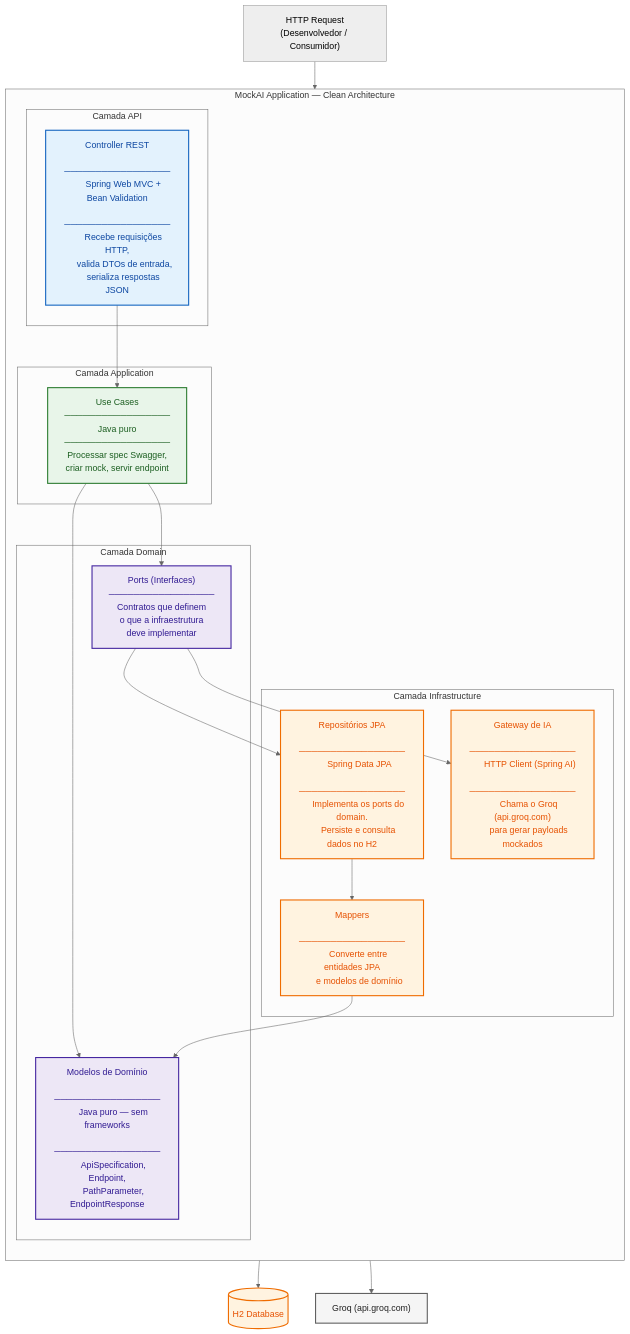
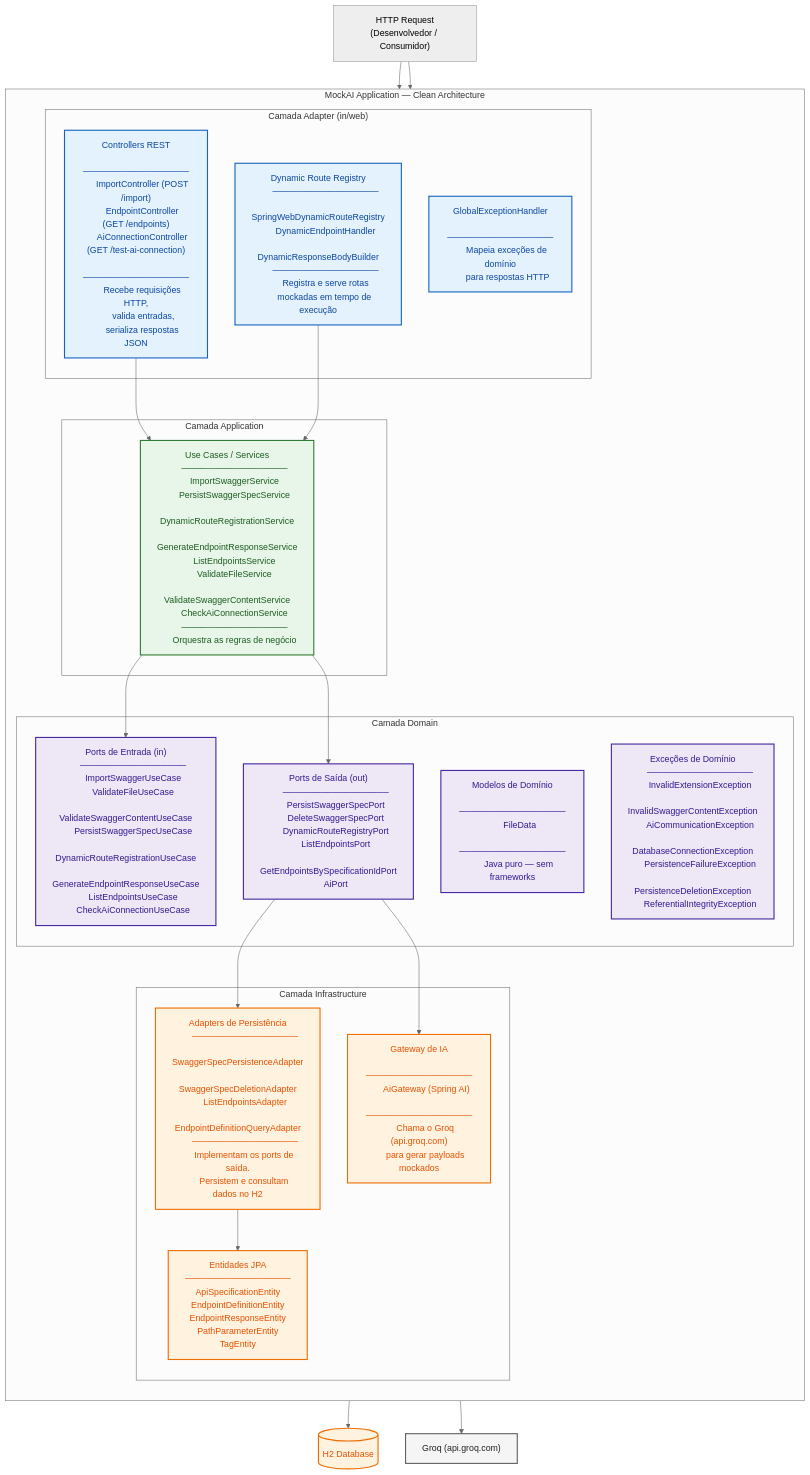
One commit to IA-para-DEVs-SCTEC-T2/mini-projeto-MockAi changed the third of 4 diagrams in docs/architecture-diagram.md. Above: the diagram before and after it, drawn with Mermaid. The commit also changed other lines of this file and 8 other files, not shown here.

```diff
--- a/docs/architecture-diagram.md
+++ b/docs/architecture-diagram.md
@@ -140,59 +141,110 @@
   subgraph app["MockAI Application — Clean Architecture"]
     direction TB
 
-    subgraph api_layer["Camada API"]
-      ctrl["Controller REST
+    subgraph adapter_layer["Camada Adapter (in/web)"]
+      ctrl["Controllers REST
       ─────────────────
-      Spring Web MVC + Bean Validation
+      ImportController (POST /import)
+      EndpointController (GET /endpoints)
+      AiConnectionController (GET /test-ai-connection)
       ─────────────────
       Recebe requisições HTTP,
-      valida DTOs de entrada,
+      valida entradas,
       serializa respostas JSON"]
+
+      dynamic["Dynamic Route Registry
+      ─────────────────
+      SpringWebDynamicRouteRegistry
+      DynamicEndpointHandler
+      DynamicResponseBodyBuilder
+      ─────────────────
+      Registra e serve rotas
+      mockadas em tempo de execução"]
+
+      handler["GlobalExceptionHandler
+      ─────────────────
+      Mapeia exceções de domínio
+      para respostas HTTP"]
     end
 
     subgraph application_layer["Camada Application"]
-      usecase["Use Cases
+      usecase["Use Cases / Services
       ─────────────────
-      Java puro
+      ImportSwaggerService
+      PersistSwaggerSpecService
+      DynamicRouteRegistrationService
+      GenerateEndpointResponseService
+      ListEndpointsService
+      ValidateFileService
+      ValidateSwaggerContentService
+      CheckAiConnectionService
       ─────────────────
-      Processar spec Swagger,
-      criar mock, servir endpoint"]
+      Orquestra as regras de negócio"]
     end
 
     subgraph domain_layer["Camada Domain"]
       model["Modelos de Domínio
       ─────────────────
-      Java puro — sem frameworks
+      FileData
       ─────────────────
-      ApiSpecification, Endpoint,
-      PathParameter, EndpointResponse"]
+      Java puro — sem frameworks"]
 
-      port["Ports (Interfaces)
+      port_in["Ports de Entrada (in)
       ─────────────────
-      Contratos que definem
-      o que a infraestrutura
-      deve implementar"]
+      ImportSwaggerUseCase
+      ValidateFileUseCase
+      ValidateSwaggerContentUseCase
+      PersistSwaggerSpecUseCase
+      DynamicRouteRegistrationUseCase
+      GenerateEndpointResponseUseCase
+      ListEndpointsUseCase
+      CheckAiConnectionUseCase"]
+
+      port_out["Ports de Saída (out)
+      ─────────────────
+      PersistSwaggerSpecPort
+      DeleteSwaggerSpecPort
+      DynamicRouteRegistryPort
+      ListEndpointsPort
+      GetEndpointsBySpecificationIdPort
+      AiPort"]
+
+      exception["Exceções de Domínio
+      ─────────────────
+      InvalidExtensionException
+      InvalidSwaggerContentException
+      AiCommunicationException
+      DatabaseConnectionException
+      PersistenceFailureException
+      PersistenceDeletionException
+      ReferentialIntegrityException"]
     end
 
     subgraph infra_layer["Camada Infrastructure"]
-      repo["Repositórios JPA
+      repo["Adapters de Persistência
       ─────────────────
-      Spring Data JPA
+      SwaggerSpecPersistenceAdapter
+      SwaggerSpecDeletionAdapter
+      ListEndpointsAdapter
+      EndpointDefinitionQueryAdapter
       ─────────────────
-      Implementa os ports do domain.
-      Persiste e consulta dados no H2"]
+      Implementam os ports de saída.
+      Persistem e consultam dados no H2"]
 
       gateway["Gateway de IA
       ─────────────────
-      HTTP Client (Spring AI)
+      AiGateway (Spring AI)
       ─────────────────
       Chama o Groq (api.groq.com)
       para gerar payloads mockados"]
 
-      mapper["Mappers
+      entities["Entidades JPA
       ─────────────────
-      Converte entre entidades JPA
-      e modelos de domínio"]
+      ApiSpecificationEntity
+      EndpointDefinitionEntity
+      EndpointResponseEntity
+      PathParameterEntity
+      TagEntity"]
     end
   end
 
@@ -200,23 +252,28 @@
   ai_ext["Groq (api.groq.com)"]
 
   http_in --> ctrl
+  http_in --> dynamic
   ctrl    --> usecase
-  usecase --> model
-  usecase --> port
-  port    --> repo
-  port    --> gateway
-  repo    --> mapper
-  mapper  --> model
-  repo    --> db
+  dynamic --> usecase
+  usecase --> port_in
+  usecase --> port_out
+  port_out --> repo
+  port_out --> gateway
+  repo    --> entities
+  entities --> db
   gateway --> ai_ext
 
   ctrl:::apiComp
+  dynamic:::apiComp
+  handler:::apiComp
   usecase:::appComp
   model:::domainComp
-  port:::domainComp
+  port_in:::domainComp
+  port_out:::domainComp
+  exception:::domainComp
   repo:::infraComp
   gateway:::infraComp
-  mapper:::infraComp
+  entities:::infraComp
   db:::database
   ai_ext:::external
 
```
